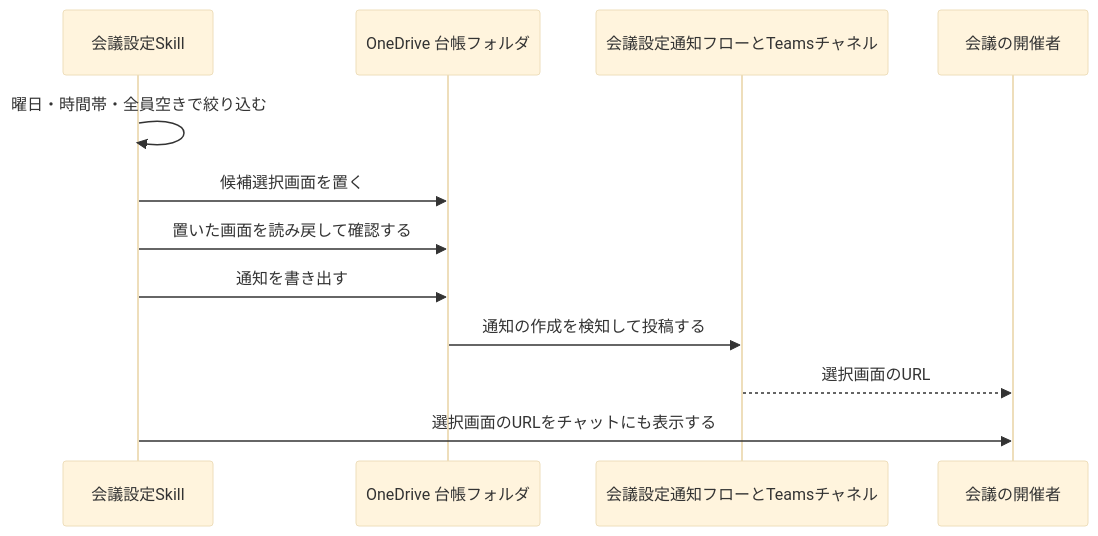
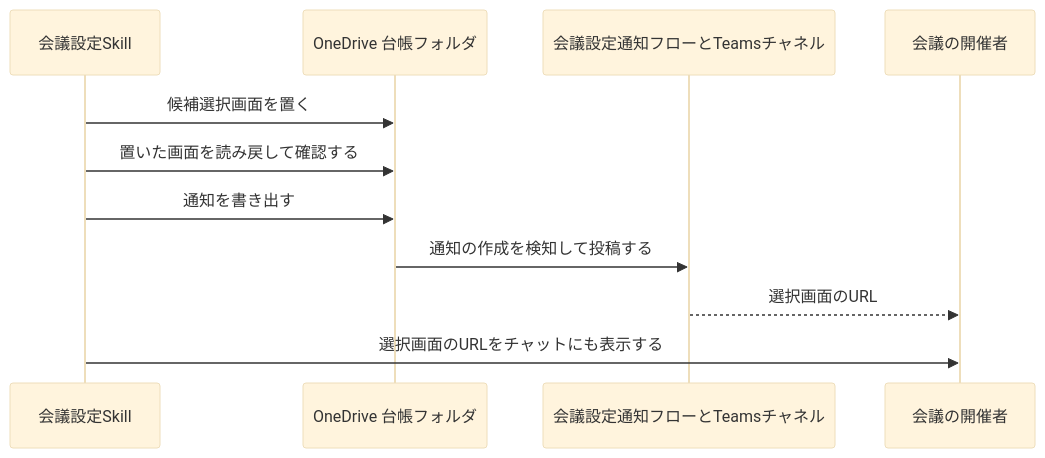
One commit to dnode-ryosuke-yamazaki/study changed the third of 12 diagrams in apps/meeting-setup-automation/specs/meeting-scheduling/design.md. Above: the diagram before and after it, drawn with Mermaid (base theme). The commit also changed other lines of this file and 5 other files, not shown here.

````diff
--- a/apps/meeting-setup-automation/specs/meeting-scheduling/design.md
+++ b/apps/meeting-setup-automation/specs/meeting-scheduling/design.md
@@ -82,15 +120,14 @@
 ```mermaid
 sequenceDiagram
     participant S as 会議設定Skill
     participant D as OneDrive 台帳フォルダ
     participant N as 会議設定通知フローとTeamsチャネル
     participant O as 会議の開催者
 
-    S->>S: 曜日・時間帯・全員空きで絞り込む
     S->>D: 候補選択画面を置く
     S->>D: 置いた画面を読み戻して確認する
     S->>D: 通知を書き出す
     D->>N: 通知の作成を検知して投稿する
     N-->>O: 選択画面のURL
     S->>O: 選択画面のURLをチャットにも表示する
 ```
````
